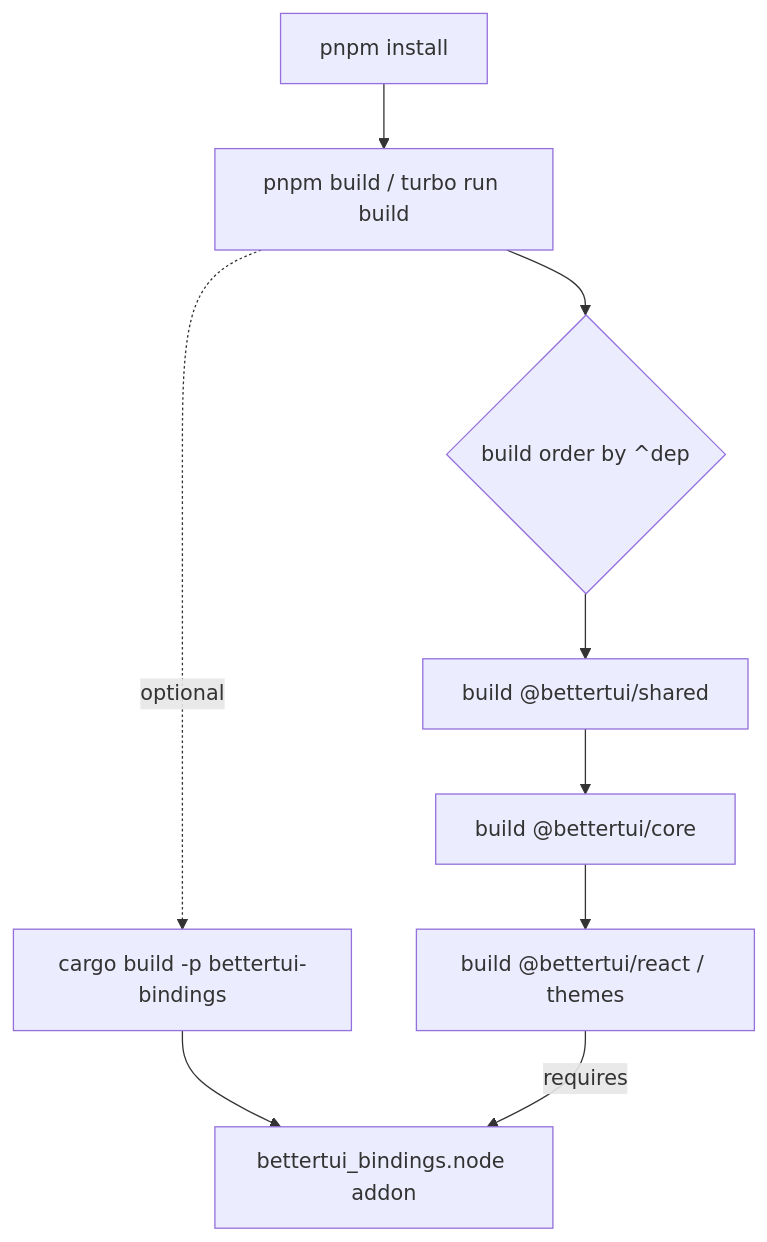
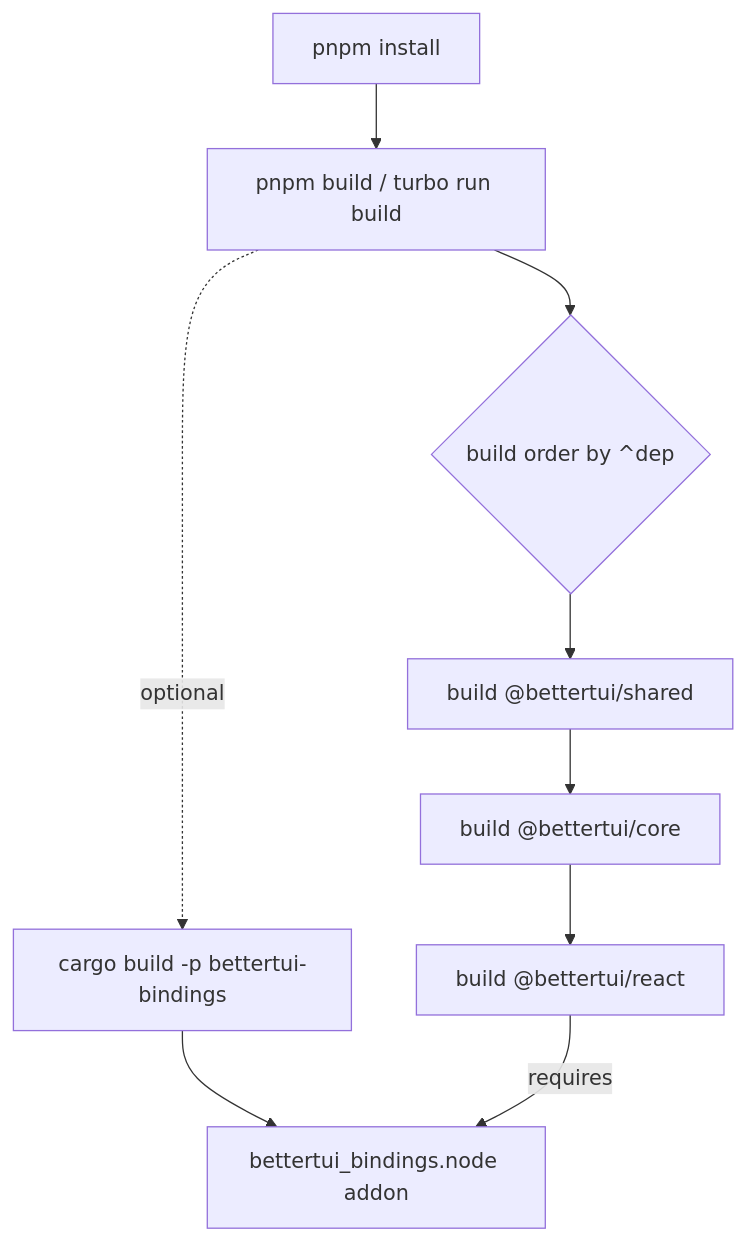
The fourth of 6 diagrams in docs/architecture/overview.md (localfirstai/bettertui), drawn with Mermaid before and after one commit. The commit also changed other lines of this file and 41 other files, not shown here.

````diff
--- a/docs/architecture/overview.md
+++ b/docs/architecture/overview.md
@@ -116,11 +113,11 @@
 ```mermaid
 flowchart TD
     A[pnpm install] --> B[pnpm build / turbo run build]
     B --> C{build order by ^dep}
     C --> D[build @bettertui/shared]
     D --> E[build @bettertui/core]
-    E --> F[build @bettertui/react / themes]
+    E --> F[build @bettertui/react]
     B -. optional .-> G[cargo build -p bettertui-bindings]
     G --> H[bettertui_bindings.node addon]
     F -->|requires| H
 ```
````
